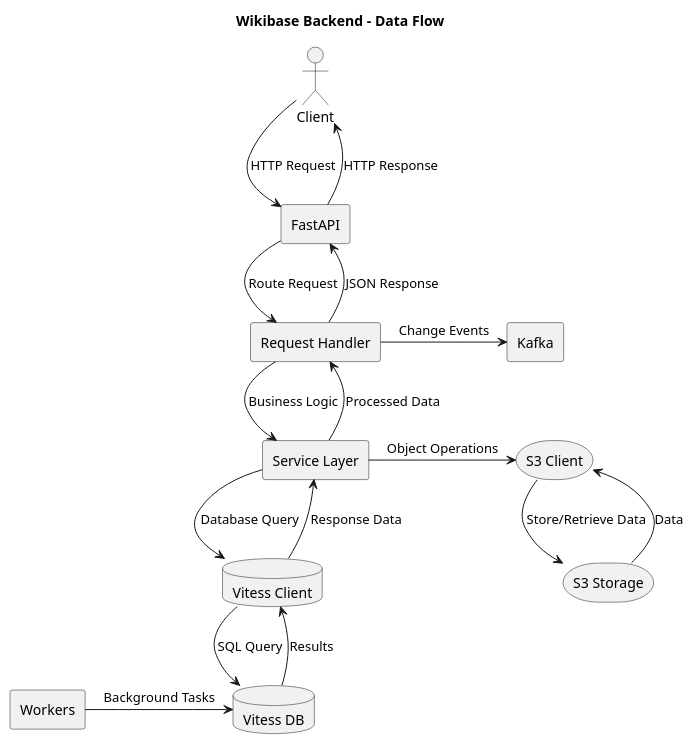
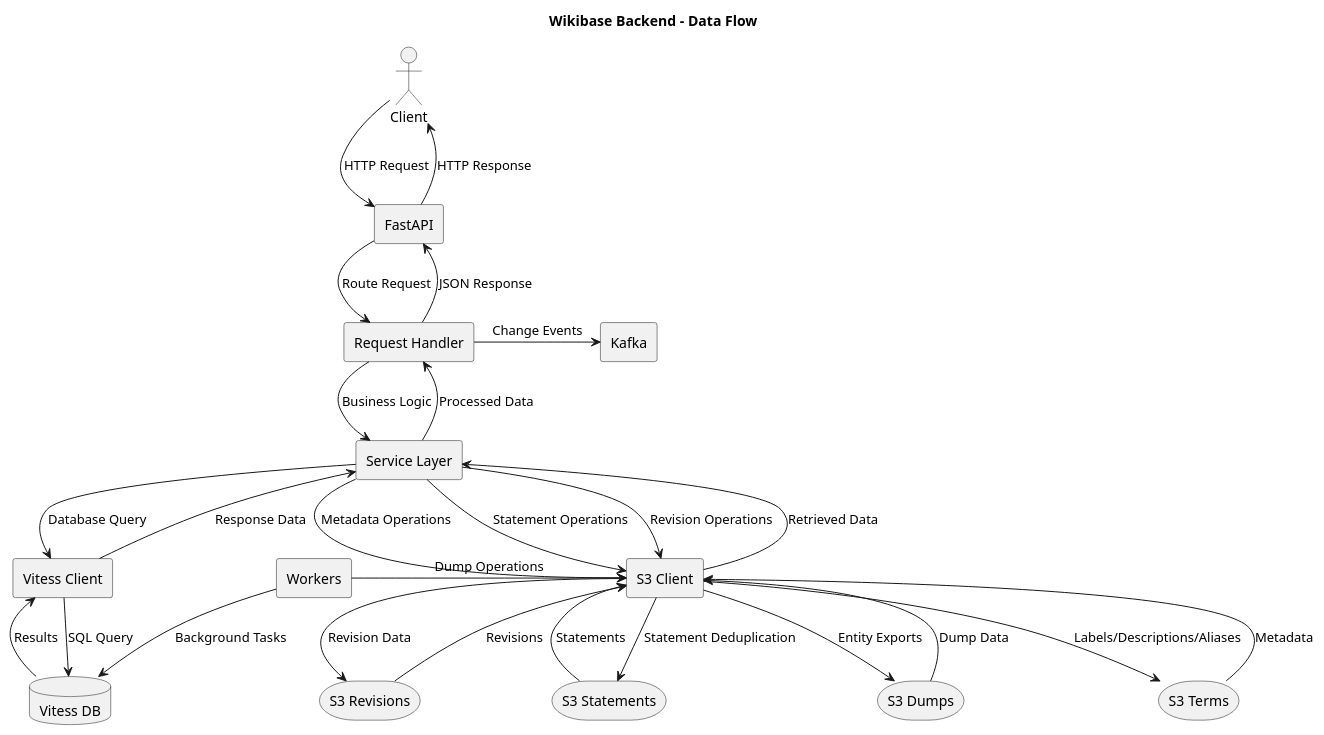
The diagram in doc/DIAGRAMS/data_flow.puml (dpriskorn/entitybase-backend), drawn with PlantUML before and after one commit. The commit also changed 18 other files, not shown here.

```diff
--- a/doc/DIAGRAMS/data_flow.puml
+++ b/doc/DIAGRAMS/data_flow.puml
@@ -1,39 +1,52 @@
 @startuml Data Flow
 
 title Wikibase Backend - Data Flow
 
 actor "Client" as Client
 rectangle "FastAPI" as API
 rectangle "Request Handler" as Handler
 rectangle "Service Layer" as Service
-database "Vitess Client" as VitessClient
+rectangle "Vitess Client" as VitessClient
 database "Vitess DB" as Vitess
-storage "S3 Client" as S3Client
-storage "S3 Storage" as S3
+rectangle "S3 Client" as S3Client
+storage "S3 Terms" as S3Terms
+storage "S3 Statements" as S3Statements
+storage "S3 Revisions" as S3Revisions
+storage "S3 Dumps" as S3Dumps
 rectangle "Workers" as Workers
 rectangle "Kafka" as Kafka
 
 ' Main request flow
 Client -> API : HTTP Request
 API -> Handler : Route Request
 Handler -> Service : Business Logic
 Service -> VitessClient : Database Query
 VitessClient -> Vitess : SQL Query
 
 ' Background processing
 Handler -> Kafka : Change Events
 Workers -> Vitess : Background Tasks
 
 ' Storage operations
-Service -> S3Client : Object Operations
-S3Client -> S3 : Store/Retrieve Data
+Service -> S3Client : Metadata Operations
+S3Client -> S3Terms : Labels/Descriptions/Aliases
+Service -> S3Client : Statement Operations
+S3Client -> S3Statements : Statement Deduplication
+Service -> S3Client : Revision Operations
+S3Client -> S3Revisions : Revision Data
+Workers -> S3Client : Dump Operations
+S3Client -> S3Dumps : Entity Exports
 
 ' Response flow
-S3 --> S3Client : Data
+S3Terms --> S3Client : Metadata
+S3Statements --> S3Client : Statements
+S3Revisions --> S3Client : Revisions
+S3Dumps --> S3Client : Dump Data
+S3Client --> Service : Retrieved Data
 Vitess --> VitessClient : Results
 VitessClient --> Service : Response Data
 Service --> Handler : Processed Data
 Handler --> API : JSON Response
 API --> Client : HTTP Response
 
 @enduml
```
